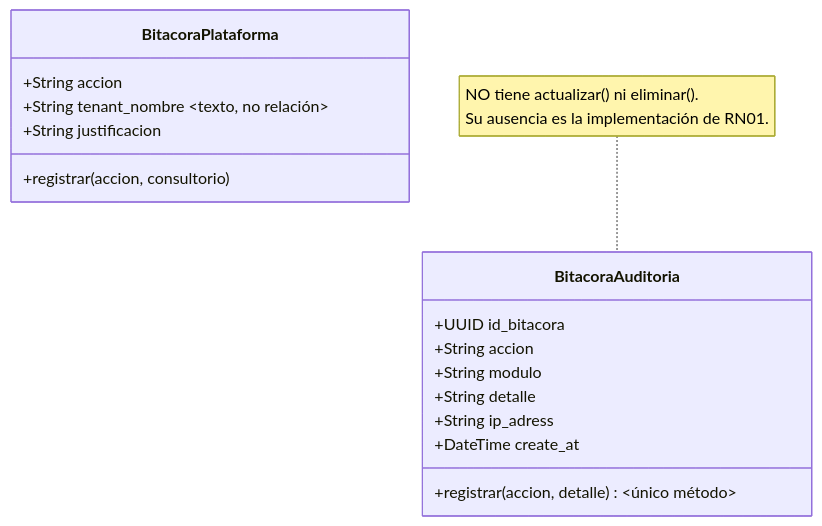
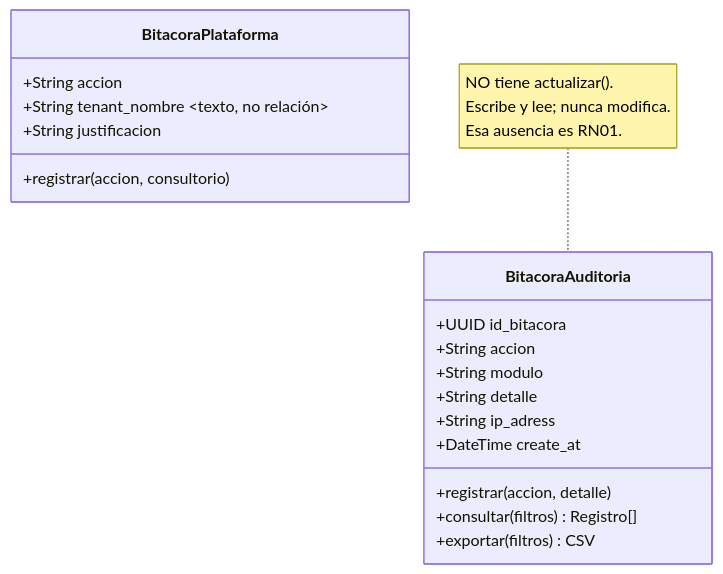
Before and after one commit to Aryannext/sistema-juridico: the fourth of 5 diagrams in documentacion-a-presentar/diagramas/07-clases.md, drawn with Mermaid. The commit also changed other lines of this file and 8 other files, not shown here.

First line of the commit message:
docs: los diagramas dicen lo que el código hace, comprobado uno por uno

````diff
--- a/documentacion-a-presentar/diagramas/07-clases.md
+++ b/documentacion-a-presentar/diagramas/07-clases.md
@@ -195,21 +195,23 @@
 ```mermaid
 classDiagram
     class BitacoraAuditoria {
         +UUID id_bitacora
         +String accion
         +String modulo
         +String detalle
         +String ip_adress
         +DateTime create_at
-        +registrar(accion, detalle) ~único método~
+        +registrar(accion, detalle)
+        +consultar(filtros) Registro[]
+        +exportar(filtros) CSV
     }
 
-    note for BitacoraAuditoria "NO tiene actualizar() ni eliminar().<br/>Su ausencia es la implementación de RN01."
+    note for BitacoraAuditoria "NO tiene actualizar().<br/>Escribe y lee; nunca modifica.<br/>Esa ausencia es RN01."
 
     class BitacoraPlataforma {
         +String accion
         +String tenant_nombre ~texto, no relación~
         +String justificacion
         +registrar(accion, consultorio)
     }
 ```
````
